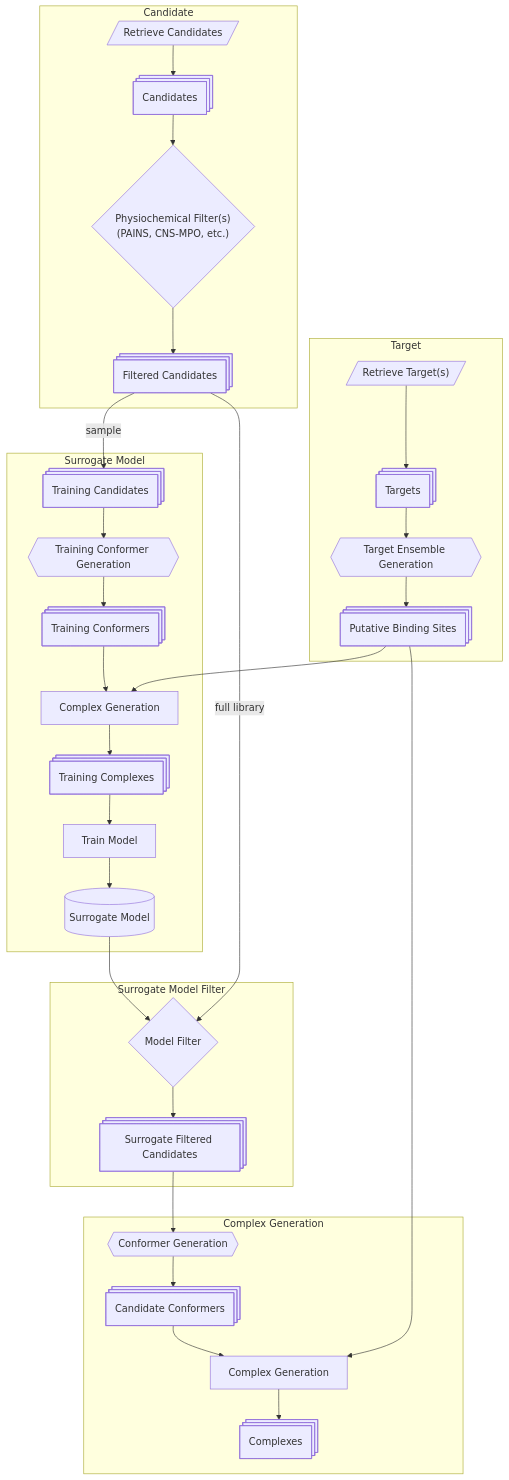
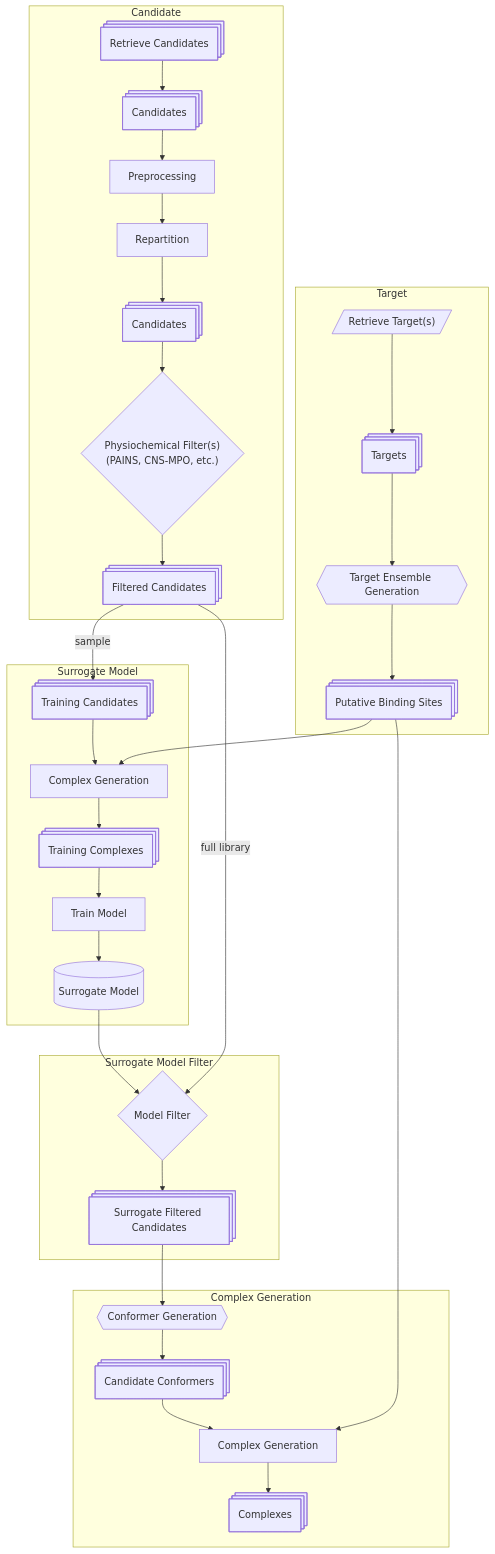
One commit to mmicatka/lynceus changed the diagram in README.md. Above: the diagram before and after it, drawn with Mermaid. The commit also changed 55 other files, not shown here.

````diff
--- a/README.md
+++ b/README.md
@@ -15,47 +15,48 @@
 ```mermaid
 
 flowchart TD
 
   subgraph Target
     RetrieveTargets[/"Retrieve Target(s)"/] --> Targets@{ shape: st-rect, label: "Targets" }
     Targets --> EnsembleGeneration{{"Target Ensemble Generation"}}
     EnsembleGeneration --> PutativeBindingSites@{shape: st-rect, label: "Putative Binding Sites"}
   end
 
   subgraph Candidate
-    RetrieveCandidates[/"Retrieve Candidates"/] --> Candidates@{ shape: st-rect, label: "Candidates" }
-    Candidates --> PhysioChemFilter{"Physiochemical Filter(s)<br>(PAINS, CNS-MPO, etc.)"}
-    PhysioChemFilter --> PhysioChemFilteredCandidates@{shape: st-rect, label: "Filtered Candidates"}
+    RetrieveCandidates@{ shape: st-rect, label: "Retrieve Candidates"} --> Candidates@{ shape: st-rect, label: "Candidates" }
+    Candidates --> Preprocessing["Preprocessing"]
+    Preprocessing --> Repartition["Repartition"]
+    Repartition --> BalancedCandidates@{ shape: st-rect, label: "Candidates" }
+    BalancedCandidates --> PhysioChemFilter{"Physiochemical Filter(s)<br>(PAINS, CNS-MPO, etc.)"}
+    PhysioChemFilter --> FilteredCandidates@{shape: st-rect, label: "Filtered Candidates"}
   end
 
   subgraph Surrogate Model
-    PhysioChemFilteredCandidates -- "sample" --> TrainingCandidates@{ shape: st-rect, label: "Training Candidates" }
-    TrainingCandidates --> TrainingConformerGeneration{{"Training Conformer Generation"}}
-    TrainingConformerGeneration --> TrainingConformers@{shape: st-rect, label: "Training Conformers"}
+    FilteredCandidates -- "sample" --> TrainingCandidates@{ shape: st-rect, label: "Training Candidates" }
 
-    TrainingConformers --> ModelComplexGeneration["Complex Generation"]
+    TrainingCandidates --> ModelComplexGeneration["Complex Generation"]
     PutativeBindingSites --> ModelComplexGeneration
 
     ModelComplexGeneration --> TrainingComplexes@{shape: st-rect, label: "Training Complexes"}
 
     TrainingComplexes --> TrainModel["Train Model"]
     TrainModel --> SurrogateModel@{shape: cyl, label: "Surrogate Model"}
   end
 
   subgraph Surrogate Model Filter
     SurrogateModel --> SurrogateModelFilter{"Model Filter"}
-    PhysioChemFilteredCandidates -- "full library" --> SurrogateModelFilter
+    FilteredCandidates -- "full library" --> SurrogateModelFilter
     SurrogateModelFilter --> SurrogateFilteredCandidates@{shape: st-rect, label: "Surrogate Filtered Candidates"}
   end
 
   subgraph Complex Generation
     SurrogateFilteredCandidates --> SurrogateFilteredCandidateConformerGeneration{{"Conformer Generation"}}
     SurrogateFilteredCandidateConformerGeneration --> CandidateConformers@{ shape: st-rect, label: "Candidate Conformers"}
 
     CandidateConformers --> ComplexGeneration["Complex Generation"]
     PutativeBindingSites --> ComplexGeneration
 
     ComplexGeneration --> Complexes@{shape: st-rect, label: "Complexes"}
   end
 
 ```
````
